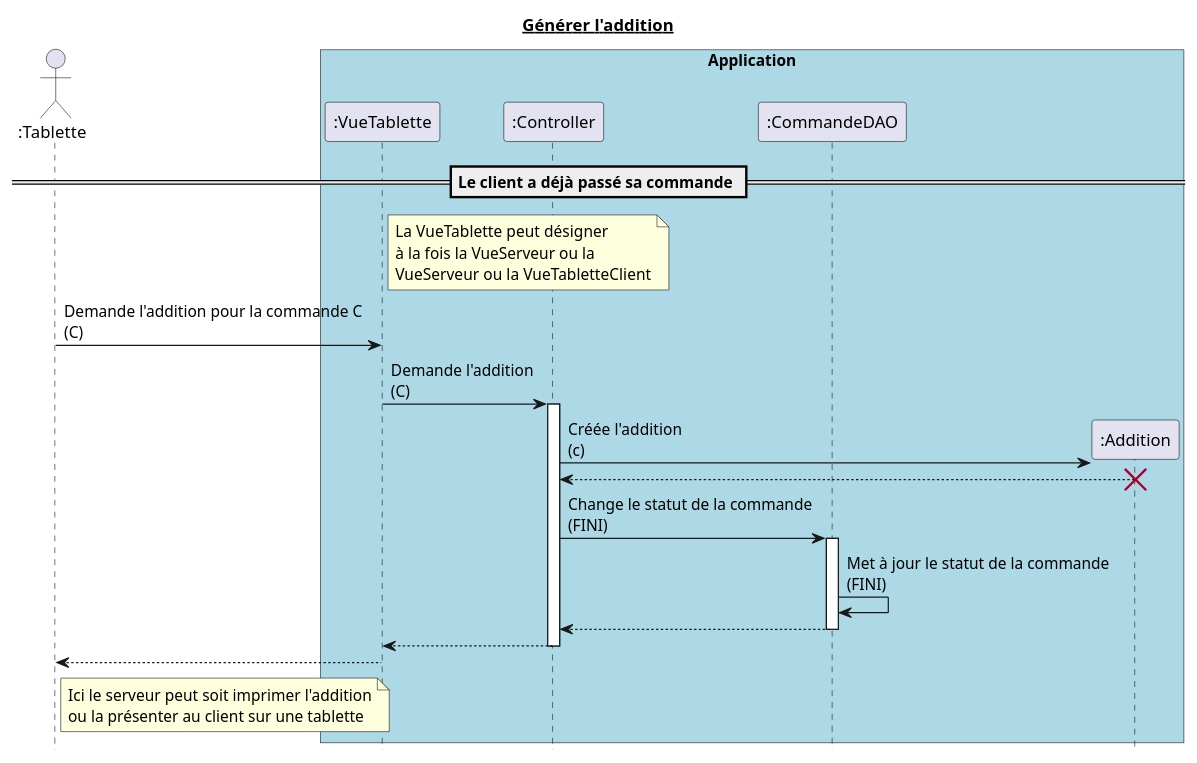
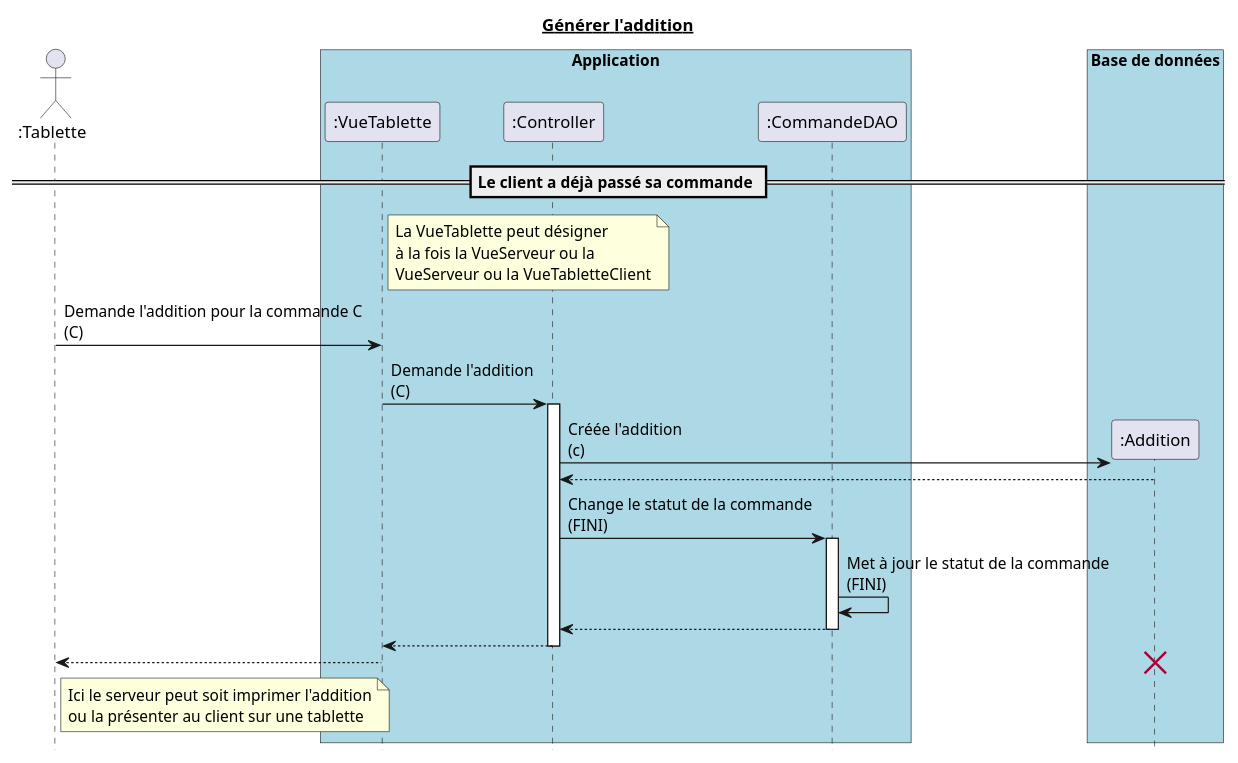
The diagram in diagrammes_sequences_detailles/dss2.md (hulskenA/GL-Les_seigneurs_du_resto), drawn with PlantUML before and after one commit. The commit also changed 7 other files, not shown here.

````diff
--- a/diagrammes_sequences_detailles/dss2.md
+++ b/diagrammes_sequences_detailles/dss2.md
@@ -1,52 +1,53 @@
 ```puml
 @startuml
 hide footbox
 title __Générer l'addition__
 
 actor ":Tablette" as Tablette order 10
 
 box "Application" #Lightblue
   participant ":VueTablette" as VueTablette order 30
   participant ":Controller" as Controller order 40
   participant ":CommandeDAO" as CommandeDAO order 60
+endbox
+
+box "Base de données" #Lightblue
   participant ":Addition" as Addition order 70
 endbox
 
 == Le client a déjà passé sa commande ==
 
 note right VueTablette
   La VueTablette peut désigner
   à la fois la VueServeur ou la
   VueServeur ou la VueTabletteClient
 end note
 
 Tablette -> VueTablette : Demande l'addition pour la commande C\n(C)
 
 VueTablette -> Controller : Demande l'addition\n(C)
 activate Controller
 
 create Addition
 Controller -> Addition : Créée l'addition\n(c)
 Controller <-- Addition
-destroy Addition
-
 
 Controller -> CommandeDAO : Change le statut de la commande\n(FINI)
 activate CommandeDAO
 CommandeDAO -> CommandeDAO : Met à jour le statut de la commande\n(FINI)
 CommandeDAO --> Controller
 deactivate CommandeDAO
 
 Controller --> VueTablette
 deactivate Controller
 
 VueTablette --> Tablette
 
 note right Tablette
   Ici le serveur peut soit imprimer l'addition
   ou la présenter au client sur une tablette
 end note
-
+destroy Addition
 
 @enduml
 ```
````
